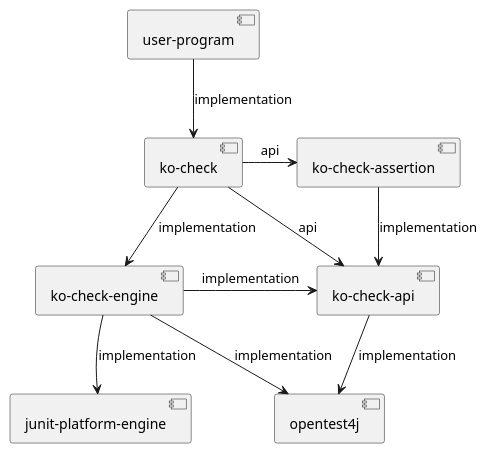
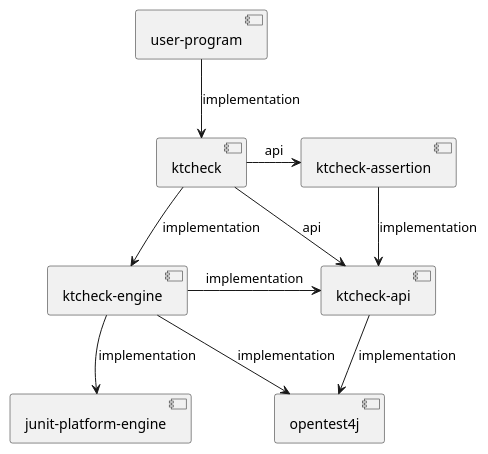
The diagram in docs/artifacts.puml (mike-neck/ktcheck), drawn with PlantUML before and after one commit. The commit also changed 36 other files, not shown here.

```diff
--- a/docs/artifacts.puml
+++ b/docs/artifacts.puml
@@ -1,22 +1,22 @@
 [user-program] as user
 
-[ko-check] as kc
-[ko-check-api] as api
-[ko-check-assertion] as ast
-[ko-check-engine] as eng
+[ktcheck] as kc
+[ktcheck-api] as api
+[ktcheck-assertion] as ast
+[ktcheck-engine] as eng
 [junit-platform-engine] as jen
 [opentest4j] as open
 
 user --> kc : implementation
 
 kc -> ast : api
 kc --> api : api
 kc --> eng : implementation
 
 ast --> api : implementation
 
 api --> open : implementation
 
 eng -> api : implementation
 eng --> jen : implementation
 eng --> open : implementation
```
